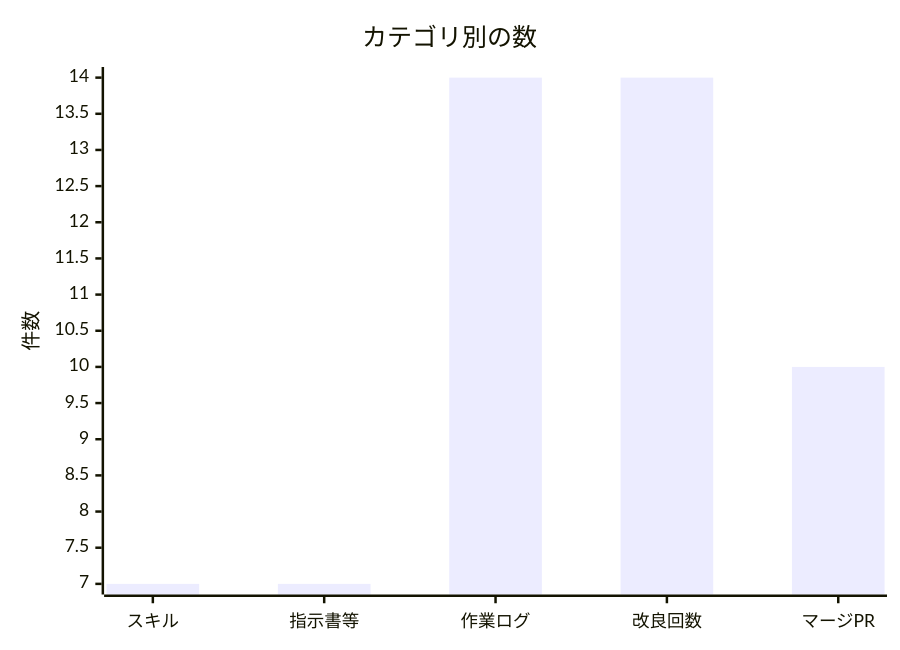
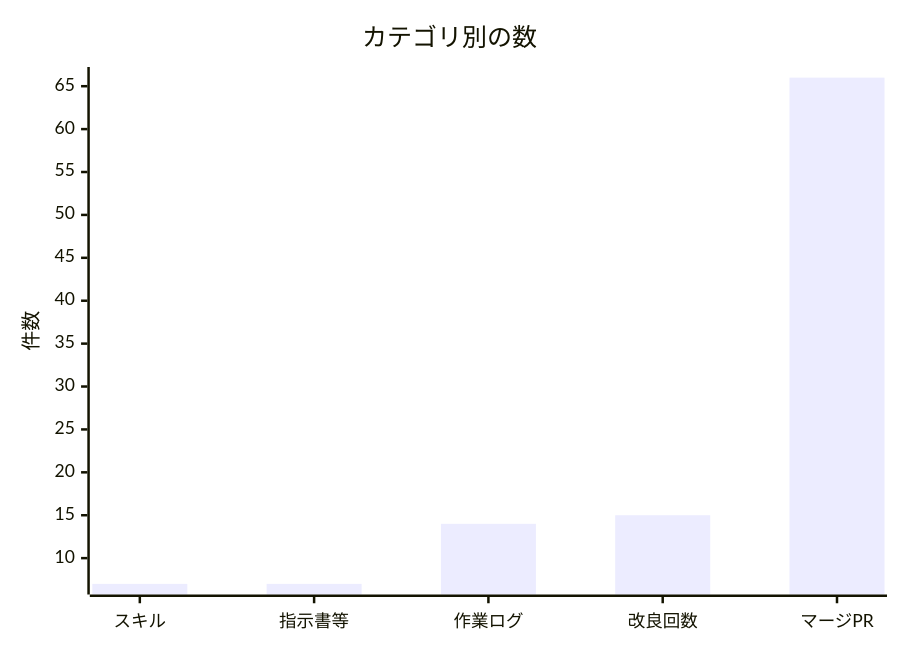
The second of 2 diagrams in docs/進化レポート.md (non-x2/non-x2), drawn with Mermaid before and after one commit. The commit also changed other lines of this file and 3 other files, not shown here.

````diff
--- a/docs/進化レポート.md
+++ b/docs/進化レポート.md
@@ -35,7 +33,7 @@
 ```mermaid
 xychart-beta
     title "カテゴリ別の数"
     x-axis ["スキル", "指示書等", "作業ログ", "改良回数", "マージPR"]
     y-axis "件数"
-    bar [7, 7, 14, 14, 10]
+    bar [7, 7, 14, 15, 66]
 ```
````
